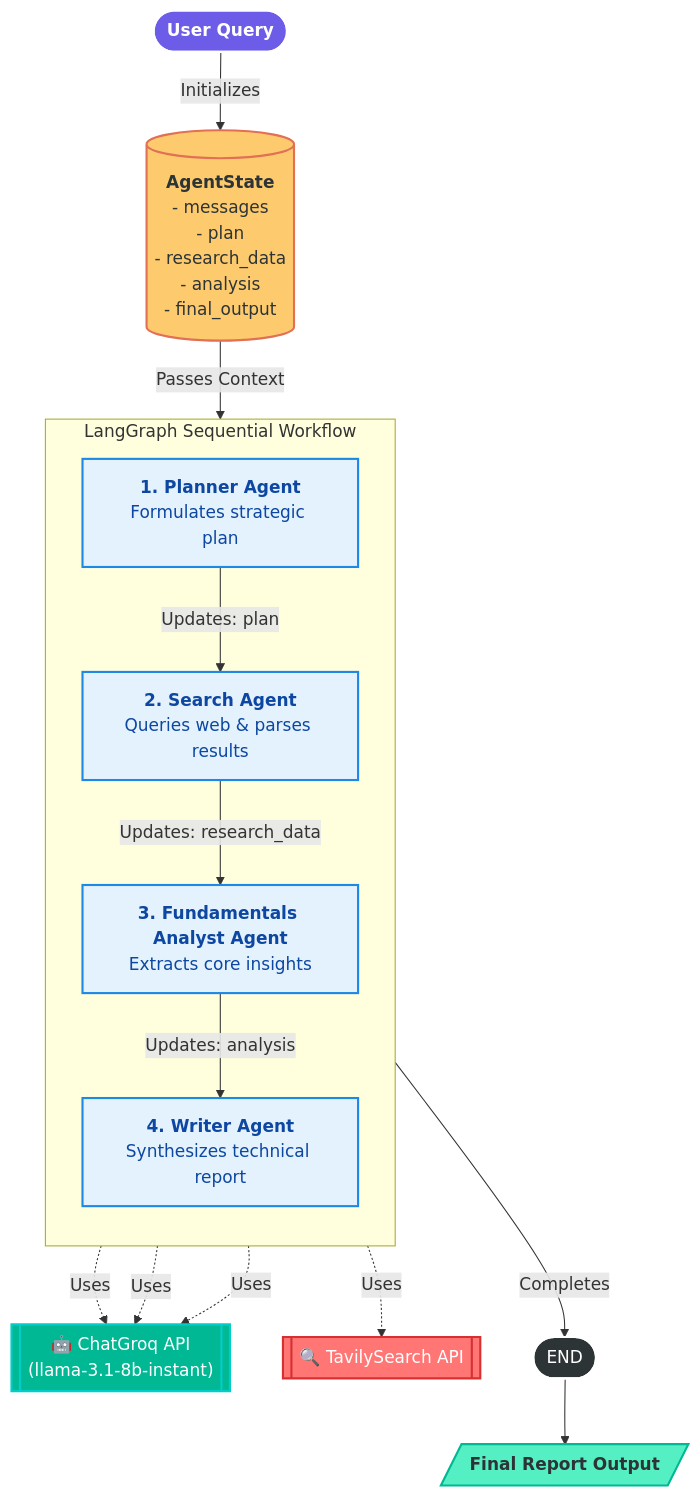
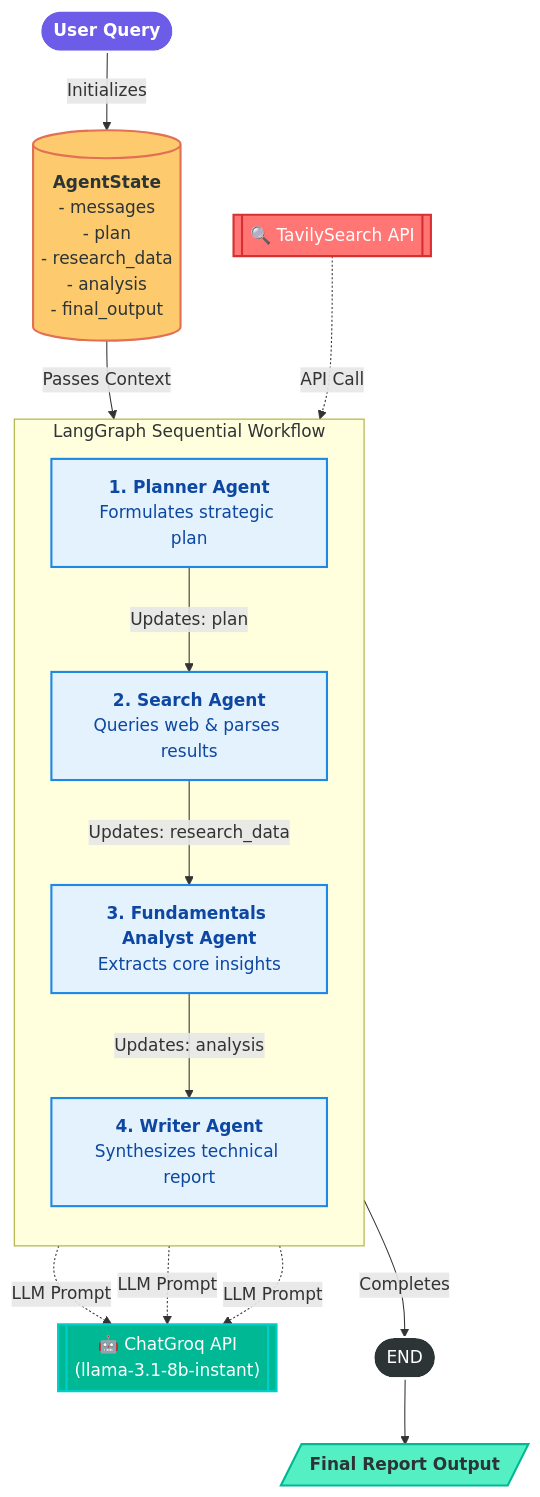
Before and after one commit to AashleshaS/JAVASCRIPT_LAB: the diagram in README.md, drawn with Mermaid.

````diff
--- a/README.md
+++ b/README.md
@@ -1,45 +1,43 @@
 ```mermaid
 graph TD
-    %% Define User and State
     User([<b>User Query</b>]):::userClass -->|Initializes| State[(<b>AgentState</b><br/>- messages<br/>- plan<br/>- research_data<br/>- analysis<br/>- final_output)]:::stateClass
 
-    %% Tools (Placed outside for clear routing)
+    %% Tool Definitions (Kept outside to allow side placement)
+    TavilyTool[["🔍 TavilySearch API"]]:::toolClass
     GroqLLM[["🤖 ChatGroq API<br/>(llama-3.1-8b-instant)"]]:::llmClass
-    TavilyTool[["🔍 TavilySearch API"]]:::toolClass
 
-    %% LangGraph Workflow
+    State -->|Passes Context| Planner
+
     subgraph LangGraph ["LangGraph Sequential Workflow"]
         direction TB
         
         Planner["<b>1. Planner Agent</b><br/>Formulates strategic plan"]:::agentClass
         SearchAgent["<b>2. Search Agent</b><br/>Queries web & parses results"]:::agentClass
         Analyst["<b>3. Fundamentals Analyst Agent</b><br/>Extracts core insights"]:::agentClass
         Writer["<b>4. Writer Agent</b><br/>Synthesizes technical report"]:::agentClass
 
         Planner -->|Updates: plan| SearchAgent
         SearchAgent -->|Updates: research_data| Analyst
         Analyst -->|Updates: analysis| Writer
     end
 
-    %% Agent State Flow
-    State -->|Passes Context| Planner
+    %% Lateral Tool Connections (Forces Left/Right layout)
+    TavilyTool -.->|API Call| SearchAgent
+    
+    Planner -.->|LLM Prompt| GroqLLM
+    Analyst -.->|LLM Prompt| GroqLLM
+    Writer -.->|LLM Prompt| GroqLLM
+
+    %% Output Flow
     Writer -->|Completes| END([END]):::endClass
-
-    %% FIXED Tool Bindings (Explicit directional mapping)
-    Planner -.->|Uses| GroqLLM
-    SearchAgent -.->|Uses| TavilyTool
-    Analyst -.->|Uses| GroqLLM
-    Writer -.->|Uses| GroqLLM
-
-    %% Final Output
     END --> FinalReport[/<b>Final Report Output</b>/]:::outputClass
 
     %% Modern Color Styling
     classDef userClass fill:#6c5ce7,stroke:#fff,stroke-width:2px,color:#fff;
     classDef stateClass fill:#fdcb6e,stroke:#e17055,stroke-width:2px,color:#2d3436;
     classDef agentClass fill:#e3f2fd,stroke:#1e88e5,stroke-width:2px,color:#0d47a1;
     classDef llmClass fill:#00b894,stroke:#00cec9,stroke-width:2px,color:#fff;
     classDef toolClass fill:#ff7675,stroke:#d63031,stroke-width:2px,color:#fff;
     classDef endClass fill:#2d3436,stroke:#fff,stroke-width:2px,color:#fff;
     classDef outputClass fill:#55efc4,stroke:#00b894,stroke-width:2px,color:#2d3436;
 ```
````
